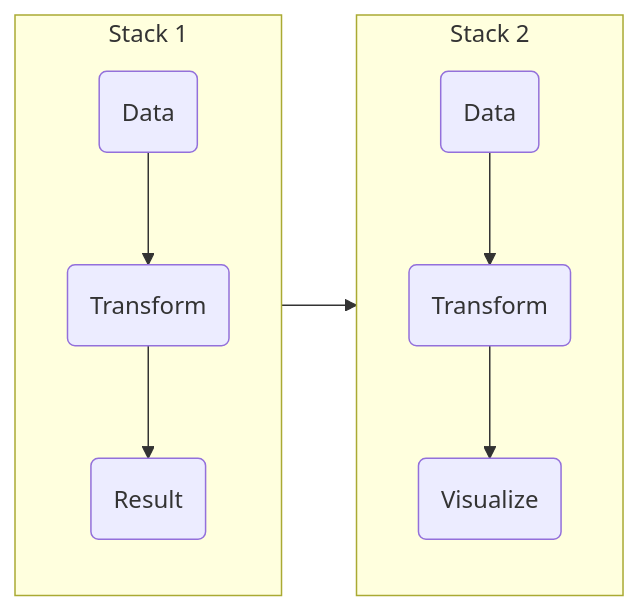
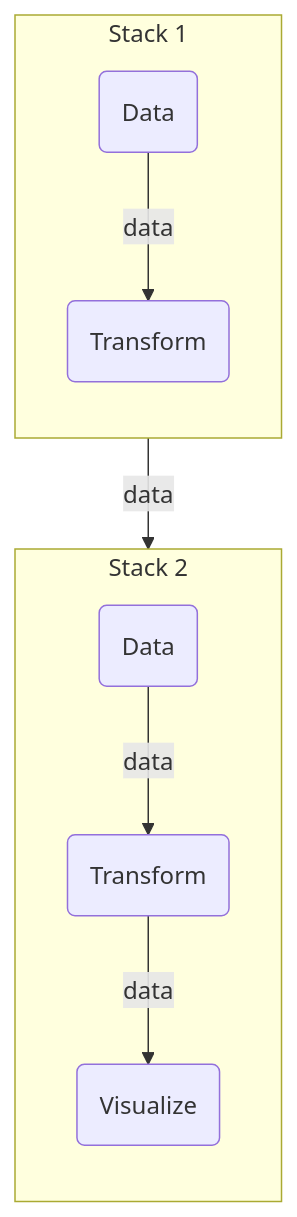
One commit to BristolMyersSquibb/useR2024 changed the second of 6 diagrams in index.qmd. Above: the diagram before and after it, drawn with Mermaid. The commit also changed other lines of this file and 5 other files, not shown here.

````diff
--- a/index.qmd
+++ b/index.qmd
@@ -269,19 +281,18 @@
 ```{mermaid}
 %%| mermaid-format: svg
-flowchart LR
-  subgraph stack2[Stack 1]
+flowchart TD
+  subgraph s1[Stack 1]
     direction TB
-    input_2(Data);
-    transform_2(Transform);
-    output_2(Result);
-    input_2 --> transform_2 --> output_2;
+    input_s1(Data)
+    transform_s1(Transform)
+    input_s1 --> |data| transform_s1
   end
-  stack2 --> stack3
-  subgraph stack3[Stack 2]
+  transform_s1 --> |data| input_s2
+  subgraph s2[Stack 2]
     direction TB
-    input_3(Data);
-    transform_3(Transform);
-    output_3(Visualize);
-    input_3 --> transform_3 --> output_3;
+    input_s2(Data)
+    transform_s2(Transform)
+    output_s2(Visualize)
+    input_s2 --> |data| transform_s2 --> |data| output_s2
   end
 ```
````
